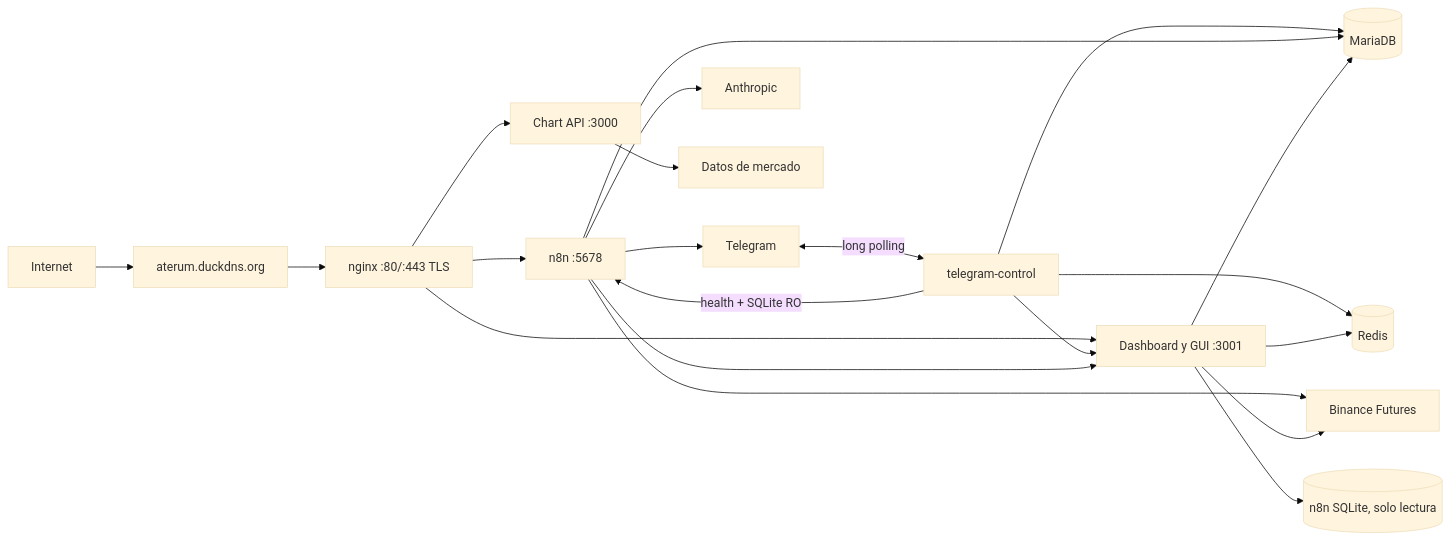
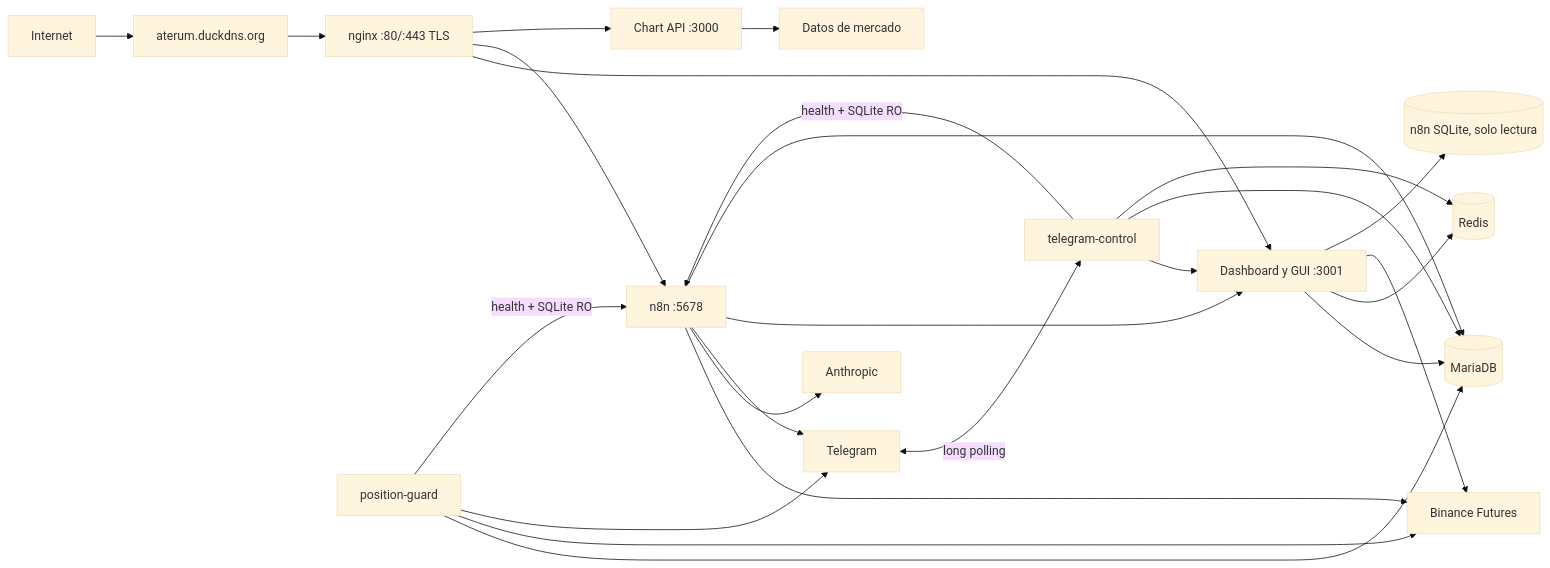
The first of 2 diagrams in bot-control/architecture/README.md (dycr1603-source/aterum_gui), drawn with Mermaid (base theme) before and after one commit. The commit also changed other lines of this file and 32 other files, not shown here.

````diff
--- a/bot-control/architecture/README.md
+++ b/bot-control/architecture/README.md
@@ -5,24 +5,28 @@
 ```mermaid
 flowchart LR
   Internet --> DNS[aterum.duckdns.org]
   DNS --> NGINX[nginx :80/:443 TLS]
   NGINX --> GUI[Dashboard y GUI :3001]
   NGINX --> N8N[n8n :5678]
   NGINX --> CHART[Chart API :3000]
   TELEGRAM[Telegram] <-->|long polling| TGCTRL[telegram-control]
   TGCTRL --> GUI
   TGCTRL --> MYSQL
   TGCTRL --> REDIS
   TGCTRL -->|health + SQLite RO| N8N
+  GUARD[position-guard] --> MYSQL
+  GUARD --> BINANCE
+  GUARD --> TELEGRAM
+  GUARD -->|health + SQLite RO| N8N
 
   N8N --> BINANCE[Binance Futures]
   N8N --> ANTHROPIC[Anthropic]
   N8N --> TELEGRAM[Telegram]
   N8N --> GUI
   N8N --> MYSQL[(MariaDB)]
   GUI --> MYSQL
   GUI --> REDIS[(Redis)]
   GUI --> BINANCE
   GUI --> N8NDB[(n8n SQLite, solo lectura)]
   CHART --> MARKET[Datos de mercado]
 ```
````
